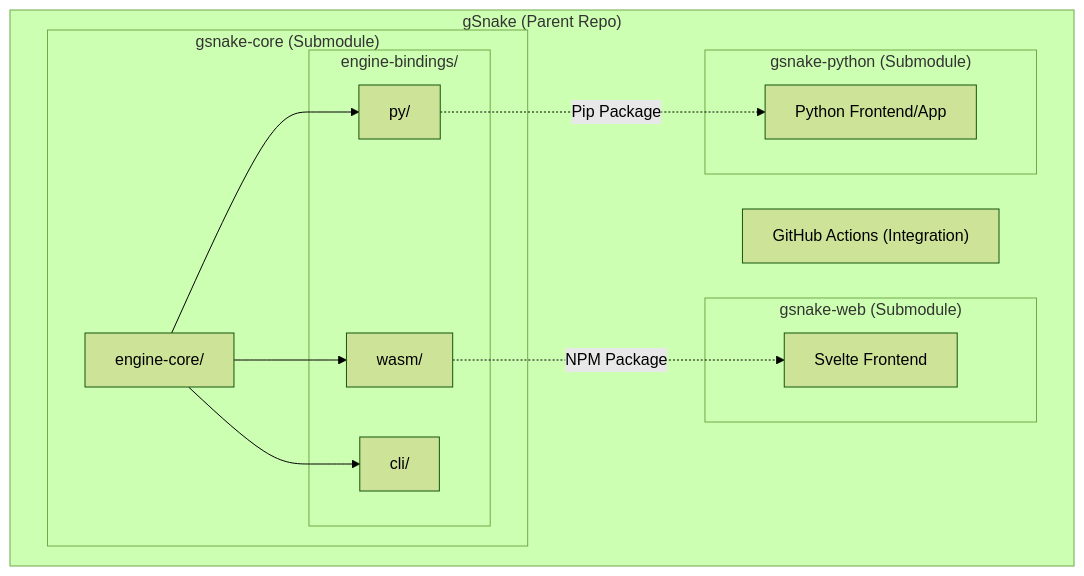
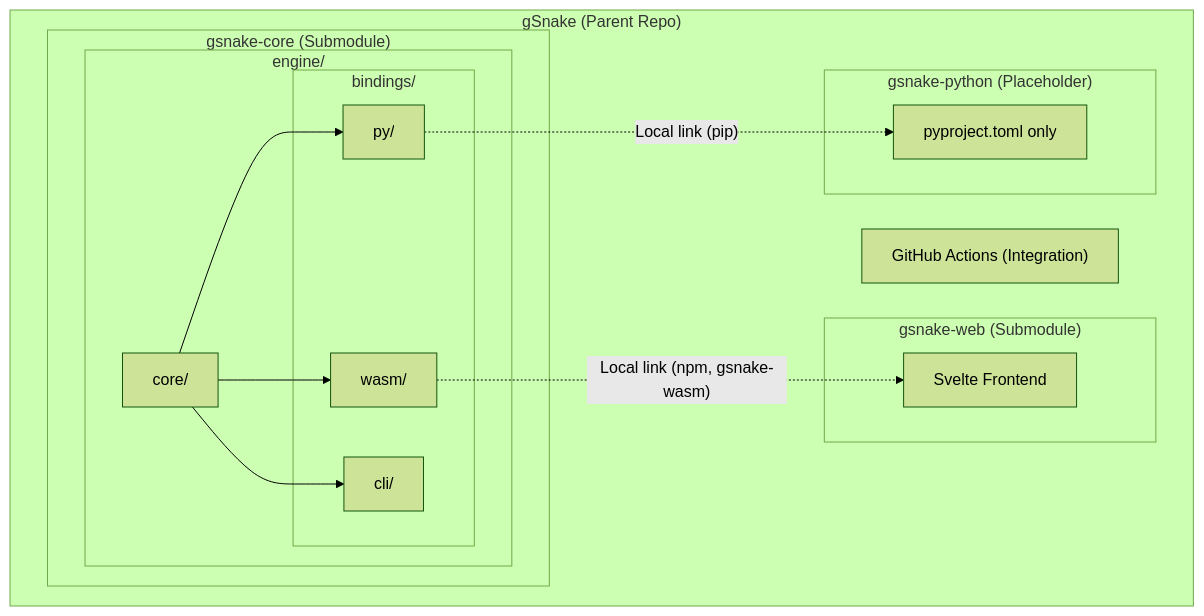
One commit to NNTin/gSnake changed the first of 5 diagrams in epics/folder-structure/core-flows.md. Above: the diagram before and after it, drawn with Mermaid (forest theme). The commit also changed other lines of this file and 2 other files, not shown here.

````diff
--- a/epics/folder-structure/core-flows.md
+++ b/epics/folder-structure/core-flows.md
@@ -4,34 +4,36 @@
 ```mermaid
 flowchart LR
   subgraph gSnake["gSnake (Parent Repo)"]
     direction LR
 
     GlobalCI["GitHub Actions (Integration)"]
     
     subgraph gsnake_core["gsnake-core (Submodule)"]
-      Core["engine-core/"]
+      subgraph engine["engine/"]
+        Core["core/"]
 
-      subgraph engine_bindings["engine-bindings/"]
-        WASM["wasm/"]
-        PY["py/"]
-        CLI["cli/"]
+        subgraph bindings["bindings/"]
+          WASM["wasm/"]
+          PY["py/"]
+          CLI["cli/"]
+        end
+
+        Core --> WASM
+        Core --> PY
+        Core --> CLI
       end
-
-      Core --> WASM
-      Core --> PY
-      Core --> CLI
     end
 
     subgraph gsnake_web["gsnake-web (Submodule)"]
       Svelte["Svelte Frontend"]
     end
 
-    subgraph gsnake_python["gsnake-python (Submodule)"]
-      PyApp["Python Frontend/App"]
+    subgraph gsnake_python["gsnake-python (Placeholder)"]
+      PyApp["pyproject.toml only"]
     end
 
-    WASM -.->|"NPM Package"| Svelte
-    PY -.->|"Pip Package"| PyApp
+    WASM -.->|"Local link (npm, gsnake-wasm)"| Svelte
+    PY -.->|"Local link (pip)"| PyApp
     
   end
 ```
````
